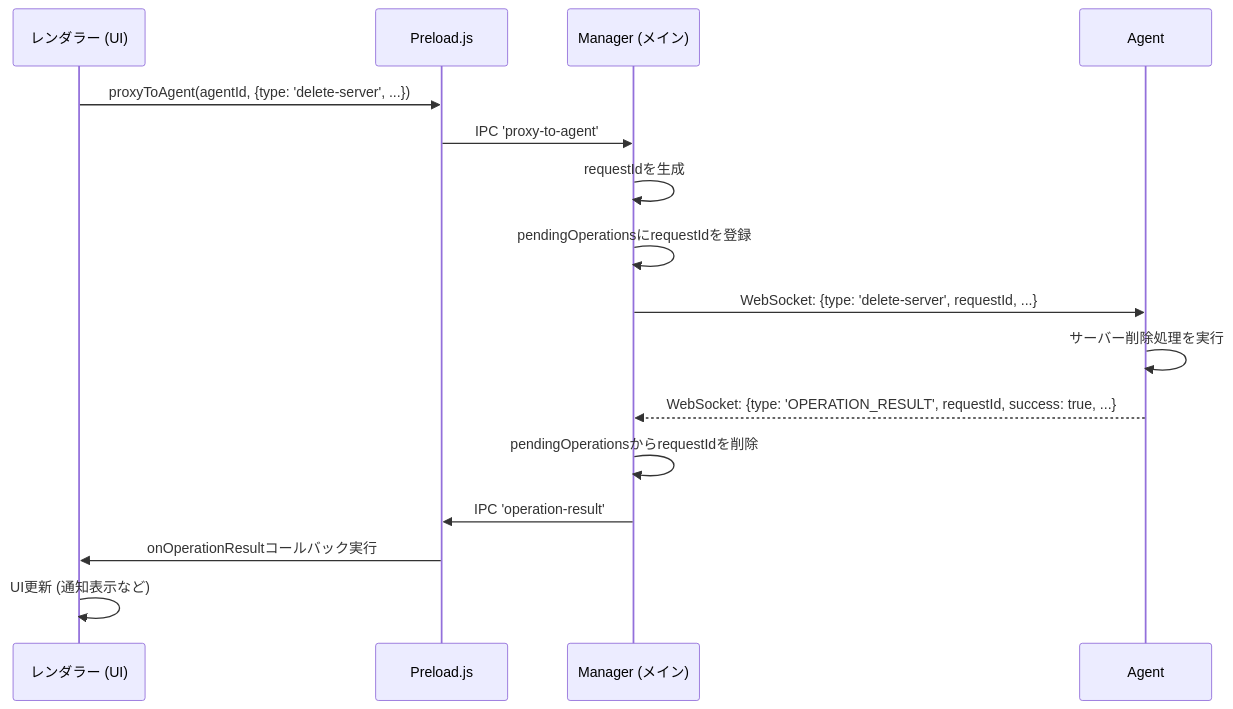
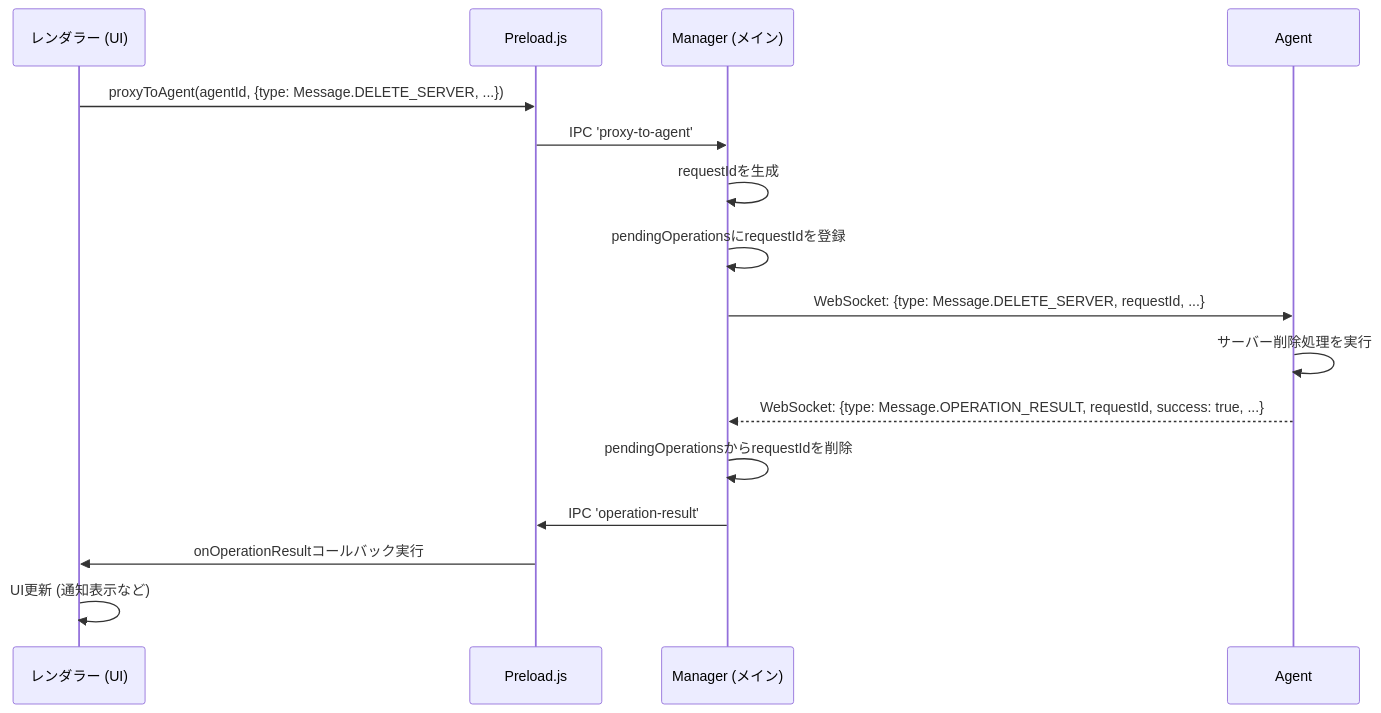
One commit to Nekolite-Studio/NL-ServerManager changed the first of 6 diagrams in markdown/docs/COMMUNICATION_FLOW.md. Above: the diagram before and after it, drawn with Mermaid. The commit also changed other lines of this file and 24 other files, not shown here.

````diff
--- a/markdown/docs/COMMUNICATION_FLOW.md
+++ b/markdown/docs/COMMUNICATION_FLOW.md
@@ -26,19 +26,19 @@
 ```mermaid
 sequenceDiagram
     participant Renderer as レンダラー (UI)
     participant Preload as Preload.js
     participant Main as Manager (メイン)
     participant Agent
 
-    Renderer->>Preload: proxyToAgent(agentId, {type: 'delete-server', ...})
+    Renderer->>Preload: proxyToAgent(agentId, {type: Message.DELETE_SERVER, ...})
     Preload->>Main: IPC 'proxy-to-agent'
     Main->>Main: requestIdを生成
     Main->>Main: pendingOperationsにrequestIdを登録
-    Main->>Agent: WebSocket: {type: 'delete-server', requestId, ...}
+    Main->>Agent: WebSocket: {type: Message.DELETE_SERVER, requestId, ...}
     Agent->>Agent: サーバー削除処理を実行
-    Agent-->>Main: WebSocket: {type: 'OPERATION_RESULT', requestId, success: true, ...}
+    Agent-->>Main: WebSocket: {type: Message.OPERATION_RESULT, requestId, success: true, ...}
     Main->>Main: pendingOperationsからrequestIdを削除
     Main->>Preload: IPC 'operation-result'
     Preload->>Renderer: onOperationResultコールバック実行
     Renderer->>Renderer: UI更新 (通知表示など)
 ```
````
